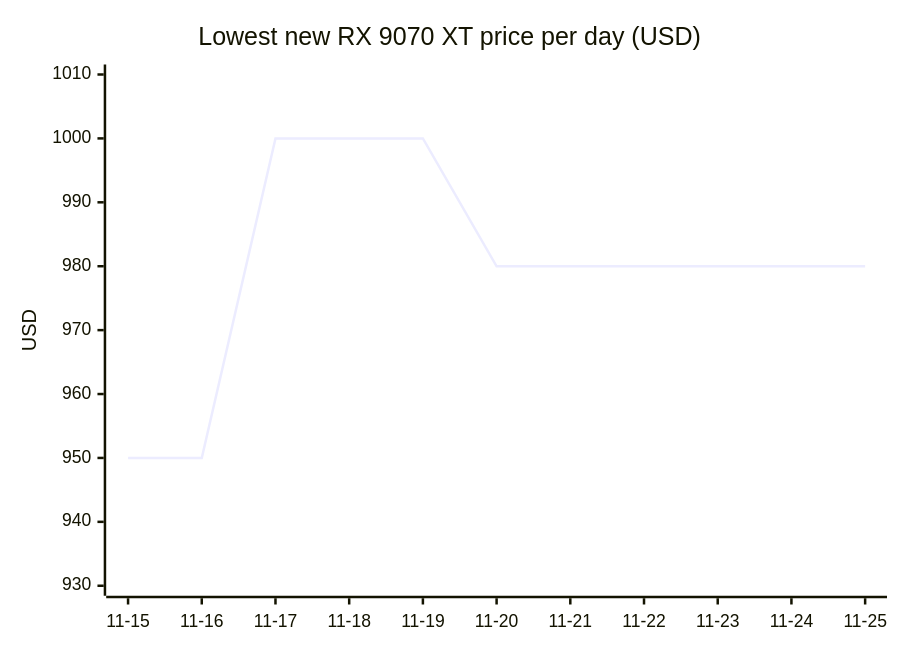
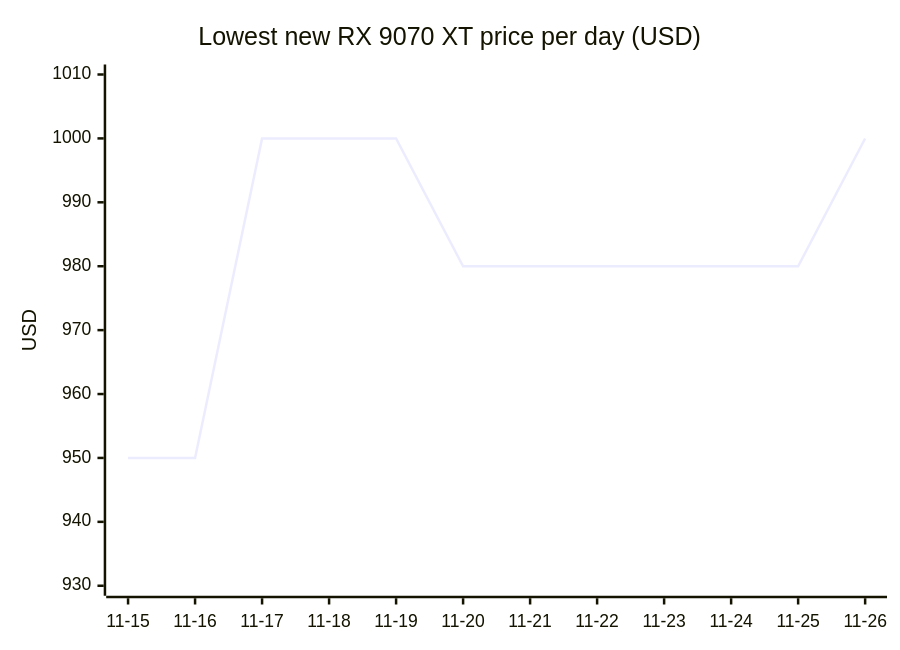
Diagram 11 of 18 in README.md (7324136828/4tb_ssd_price_watch), drawn with Mermaid before and after one commit. The commit also changed other lines of this file, not shown here.

````diff
--- a/README.md
+++ b/README.md
@@ -1255,7 +1293,7 @@
 ```mermaid
 xychart-beta
     title "Lowest new RX 9070 XT price per day (USD)"
-    x-axis ["11-15", "11-16", "11-17", "11-18", "11-19", "11-20", "11-21", "11-22", "11-23", "11-24", "11-25"]
+    x-axis ["11-15", "11-16", "11-17", "11-18", "11-19", "11-20", "11-21", "11-22", "11-23", "11-24", "11-25", "11-26"]
     y-axis "USD" 930 --> 1010
-    line [949.99, 949.99, 999.99, 999.99, 999.99, 979.99, 979.99, 979.99, 979.99, 979.99, 979.99]
+    line [949.99, 949.99, 999.99, 999.99, 999.99, 979.99, 979.99, 979.99, 979.99, 979.99, 979.99, 999.99]
 ```
````
